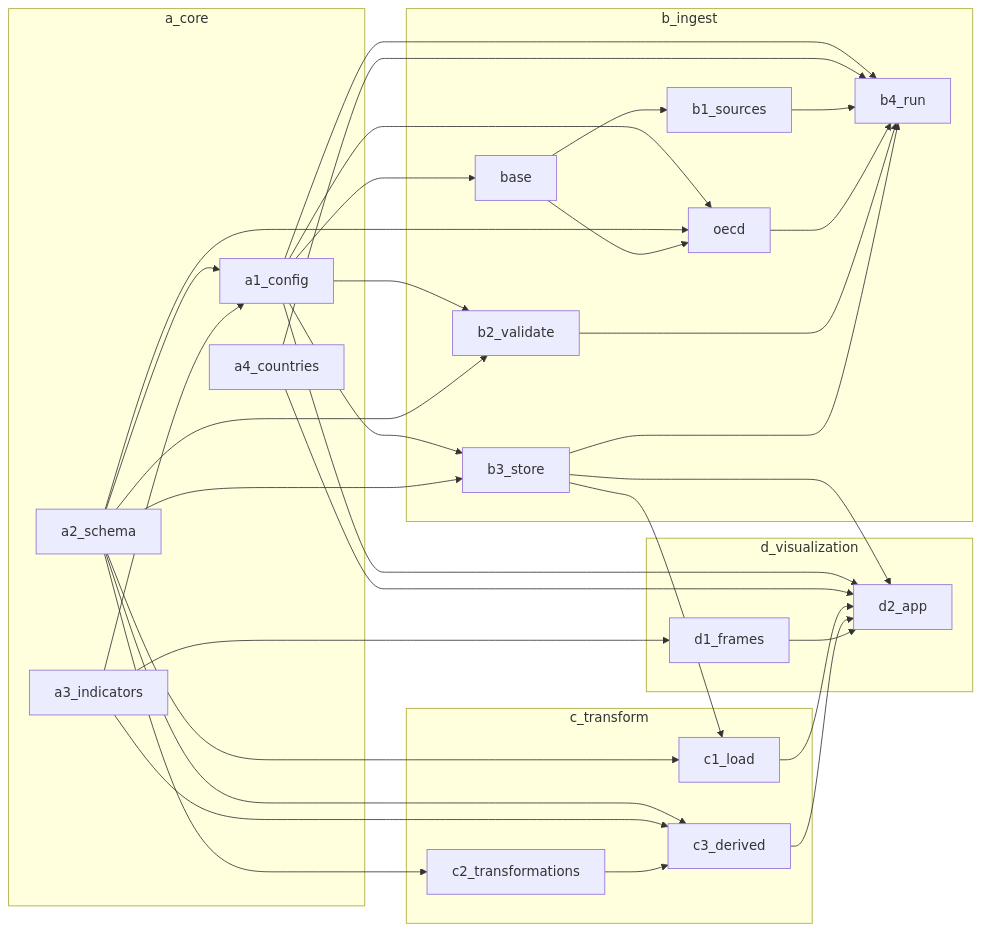
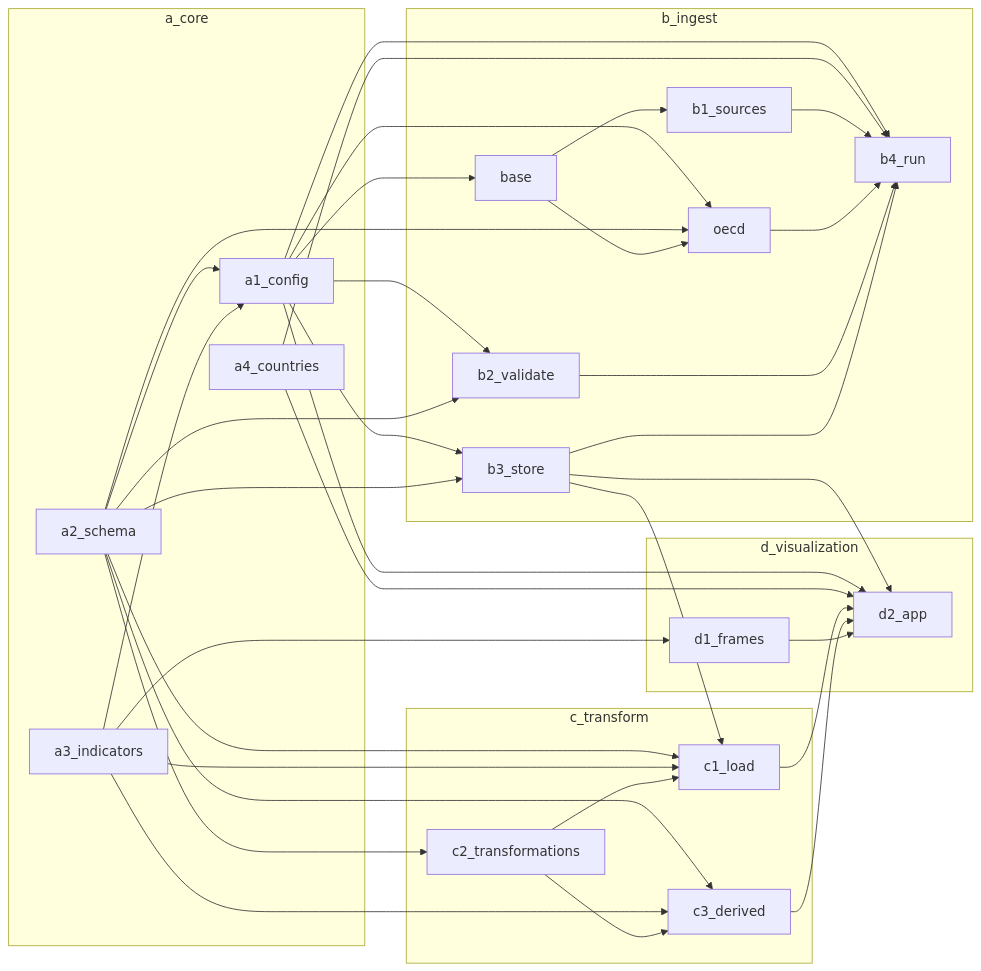
Before and after one commit to bsawyerg15/MacroScan: the first of 15 diagrams in docs/architecture.md, drawn with Mermaid. The commit also changed other lines of this file and 8 other files, not shown here.

````diff
--- a/docs/architecture.md
+++ b/docs/architecture.md
@@ -7,71 +7,73 @@
 ```mermaid
 flowchart LR
   subgraph a_core
     a_core_a1_config["a1_config"]
     a_core_a2_schema["a2_schema"]
     a_core_a3_indicators["a3_indicators"]
     a_core_a4_countries["a4_countries"]
   end
   subgraph b_ingest
     b_ingest_b1_sources["b1_sources"]
     b_ingest_b1_sources_base["base"]
     b_ingest_b1_sources_oecd["oecd"]
     b_ingest_b2_validate["b2_validate"]
     b_ingest_b3_store["b3_store"]
     b_ingest_b4_run["b4_run"]
   end
   subgraph c_transform
     c_transform_c1_load["c1_load"]
     c_transform_c2_transformations["c2_transformations"]
     c_transform_c3_derived["c3_derived"]
   end
   subgraph d_visualization
     d_visualization_d1_frames["d1_frames"]
     d_visualization_d2_app["d2_app"]
   end
   a_core_a2_schema --> a_core_a1_config
   a_core_a3_indicators --> a_core_a1_config
   b_ingest_b1_sources_base --> b_ingest_b1_sources
   a_core_a1_config --> b_ingest_b1_sources_base
   a_core_a1_config --> b_ingest_b1_sources_oecd
   a_core_a2_schema --> b_ingest_b1_sources_oecd
   b_ingest_b1_sources_base --> b_ingest_b1_sources_oecd
   a_core_a1_config --> b_ingest_b2_validate
   a_core_a2_schema --> b_ingest_b2_validate
   a_core_a1_config --> b_ingest_b3_store
   a_core_a2_schema --> b_ingest_b3_store
   a_core_a1_config --> b_ingest_b4_run
   a_core_a4_countries --> b_ingest_b4_run
   b_ingest_b1_sources --> b_ingest_b4_run
   b_ingest_b1_sources_oecd --> b_ingest_b4_run
   b_ingest_b2_validate --> b_ingest_b4_run
   b_ingest_b3_store --> b_ingest_b4_run
   a_core_a2_schema --> c_transform_c1_load
+  a_core_a3_indicators --> c_transform_c1_load
   b_ingest_b3_store --> c_transform_c1_load
+  c_transform_c2_transformations --> c_transform_c1_load
   a_core_a2_schema --> c_transform_c2_transformations
   a_core_a2_schema --> c_transform_c3_derived
   a_core_a3_indicators --> c_transform_c3_derived
   c_transform_c2_transformations --> c_transform_c3_derived
   a_core_a3_indicators --> d_visualization_d1_frames
   a_core_a1_config --> d_visualization_d2_app
   a_core_a4_countries --> d_visualization_d2_app
   b_ingest_b3_store --> d_visualization_d2_app
   c_transform_c1_load --> d_visualization_d2_app
   c_transform_c3_derived --> d_visualization_d2_app
   d_visualization_d1_frames --> d_visualization_d2_app
   click a_core_a1_config href "#mod-a_core-a1_config"
   click a_core_a2_schema href "#mod-a_core-a2_schema"
   click a_core_a3_indicators href "#mod-a_core-a3_indicators"
   click a_core_a4_countries href "#mod-a_core-a4_countries"
   click b_ingest_b1_sources href "#mod-b_ingest-b1_sources"
   click b_ingest_b1_sources_base href "#mod-b_ingest-b1_sources-base"
   click b_ingest_b1_sources_oecd href "#mod-b_ingest-b1_sources-oecd"
   click b_ingest_b2_validate href "#mod-b_ingest-b2_validate"
   click b_ingest_b3_store href "#mod-b_ingest-b3_store"
   click b_ingest_b4_run href "#mod-b_ingest-b4_run"
   click c_transform_c1_load href "#mod-c_transform-c1_load"
   click c_transform_c2_transformations href "#mod-c_transform-c2_transformations"
   click c_transform_c3_derived href "#mod-c_transform-c3_derived"
   click d_visualization_d1_frames href "#mod-d_visualization-d1_frames"
   click d_visualization_d2_app href "#mod-d_visualization-d2_app"
 ```
````
